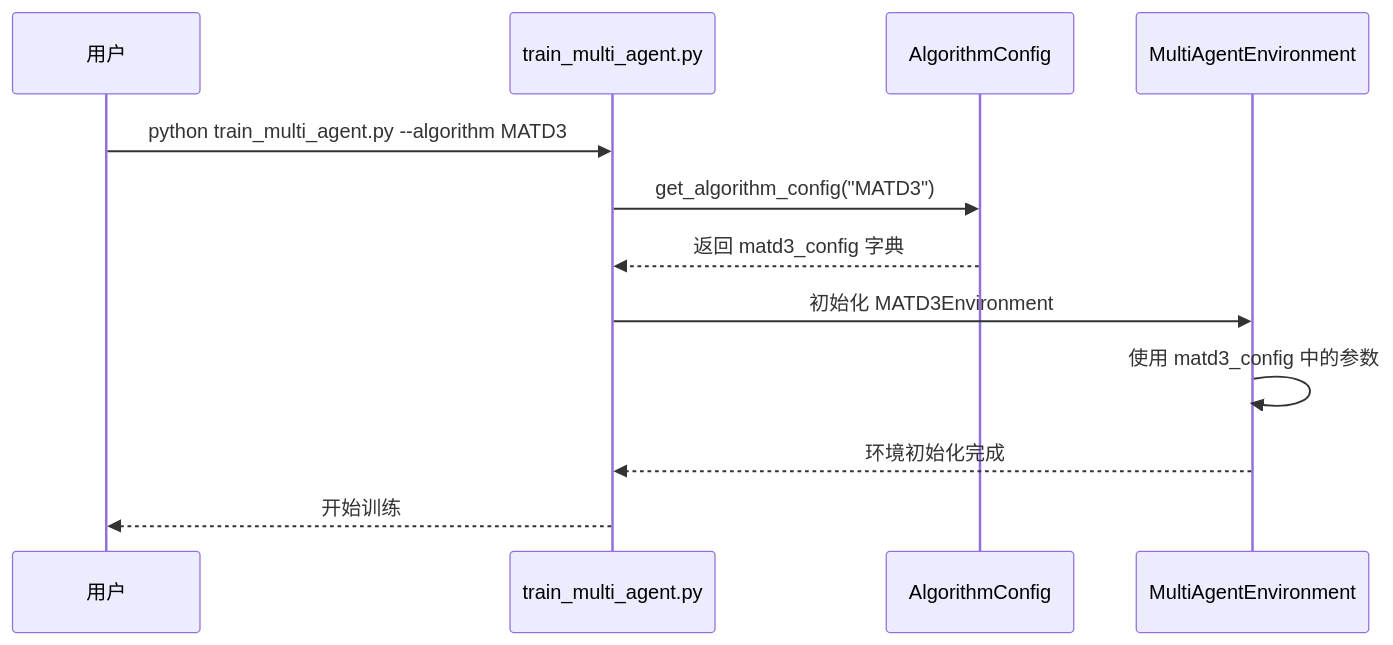
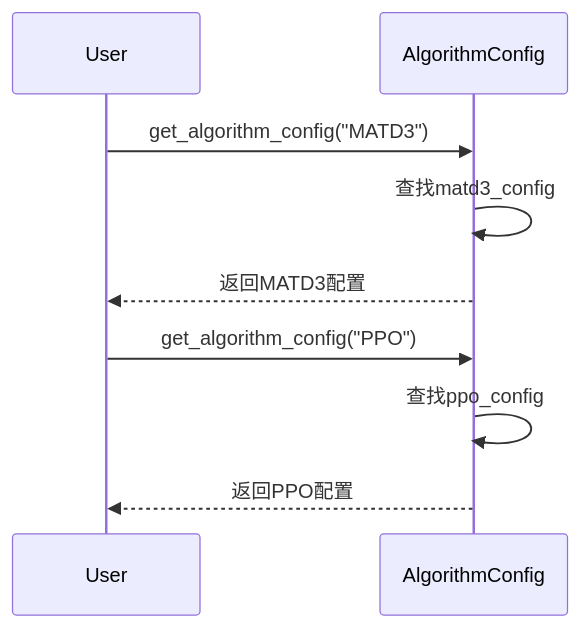
The second of 3 diagrams in .qoder/repowiki/zh/content/配置管理/算法配置.md (WeiY11/VEC_mig_caching), drawn with Mermaid before and after one commit. The commit also changed other lines of this file and 95 other files, not shown here.

Commit message:
更新训练结果保存功能，支持生成HTML报告和对比图表，提升报告的可读性和实用性。同时，增强`run_td3_vehicle_sweep.py`以支持更多车辆选项和实验时长，清理冗余代码以优化项目结构。

````diff
--- a/.qoder/repowiki/zh/content/配置管理/算法配置.md
+++ b/.qoder/repowiki/zh/content/配置管理/算法配置.md
@@ -98,14 +83,11 @@
 ```mermaid
 sequenceDiagram
-participant User as 用户
-participant TrainScript as train_multi_agent.py
-participant Config as AlgorithmConfig
-participant Env as MultiAgentEnvironment
-User->>TrainScript : python train_multi_agent.py --algorithm MATD3
-TrainScript->>Config : get_algorithm_config("MATD3")
-Config-->>TrainScript : 返回 matd3_config 字典
-TrainScript->>Env : 初始化 MATD3Environment
-Env->>Env : 使用 matd3_config 中的参数
-Env-->>TrainScript : 环境初始化完成
-TrainScript-->>User : 开始训练
+participant User
+participant AlgorithmConfig
+User->>AlgorithmConfig : get_algorithm_config("MATD3")
+AlgorithmConfig->>AlgorithmConfig : 查找matd3_config
+AlgorithmConfig-->>User : 返回MATD3配置
+User->>AlgorithmConfig : get_algorithm_config("PPO")
+AlgorithmConfig->>AlgorithmConfig : 查找ppo_config
+AlgorithmConfig-->>User : 返回PPO配置
 ```
````
